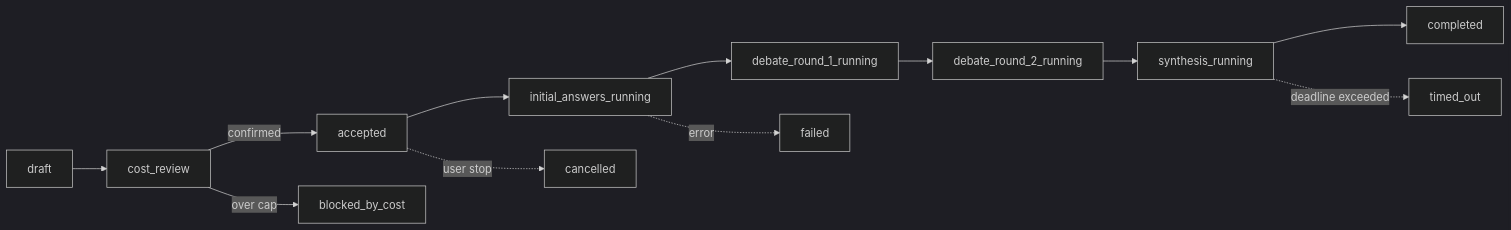
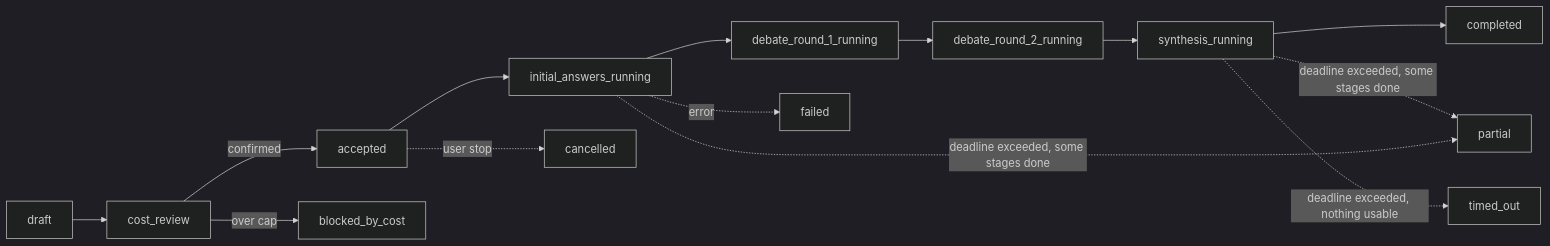
Before and after one commit to imrohitagrawal/quorum-ai: the diagram in diagrams/10-mermaid-high-level.md, drawn with Mermaid (dark theme). The commit also changed other lines of this file and 2 other files, not shown here.

First line of the commit message:
fix(diagrams): correct class names, add missing partial state, fix README claim

````diff
--- a/diagrams/10-mermaid-high-level.md
+++ b/diagrams/10-mermaid-high-level.md
@@ -9,14 +9,16 @@
 ```mermaid
 flowchart LR
     D["draft"] --> CR["cost_review"]
     CR -->|confirmed| A["accepted"]
     CR -->|over cap| Blocked["blocked_by_cost"]
     A --> IA["initial_answers_running"]
     IA --> DR1["debate_round_1_running"]
     DR1 --> DR2["debate_round_2_running"]
     DR2 --> SR["synthesis_running"]
     SR --> C["completed"]
-    SR -.->|deadline exceeded| TO["timed_out"]
+    SR -.->|deadline exceeded, some stages done| P["partial"]
+    SR -.->|deadline exceeded, nothing usable| TO["timed_out"]
+    IA -.->|deadline exceeded, some stages done| P
     IA -.->|error| F["failed"]
     A -.->|user stop| Cancelled["cancelled"]
 ```
````
